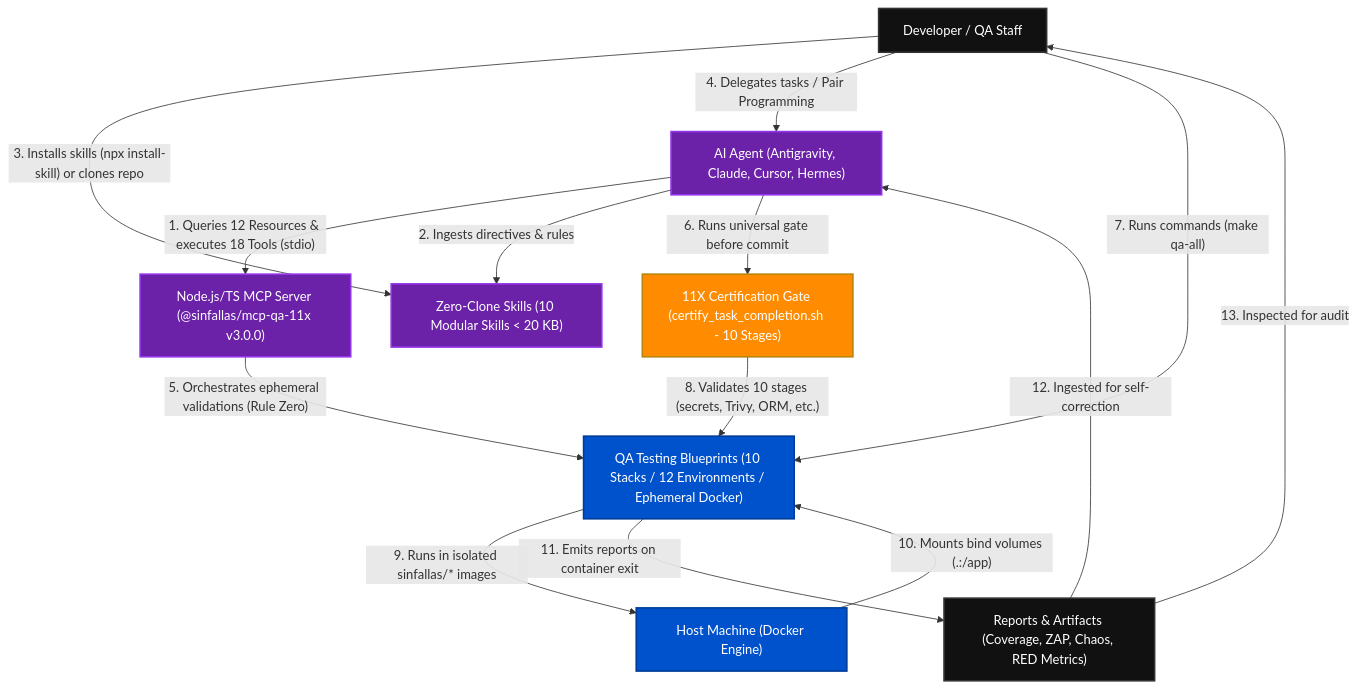
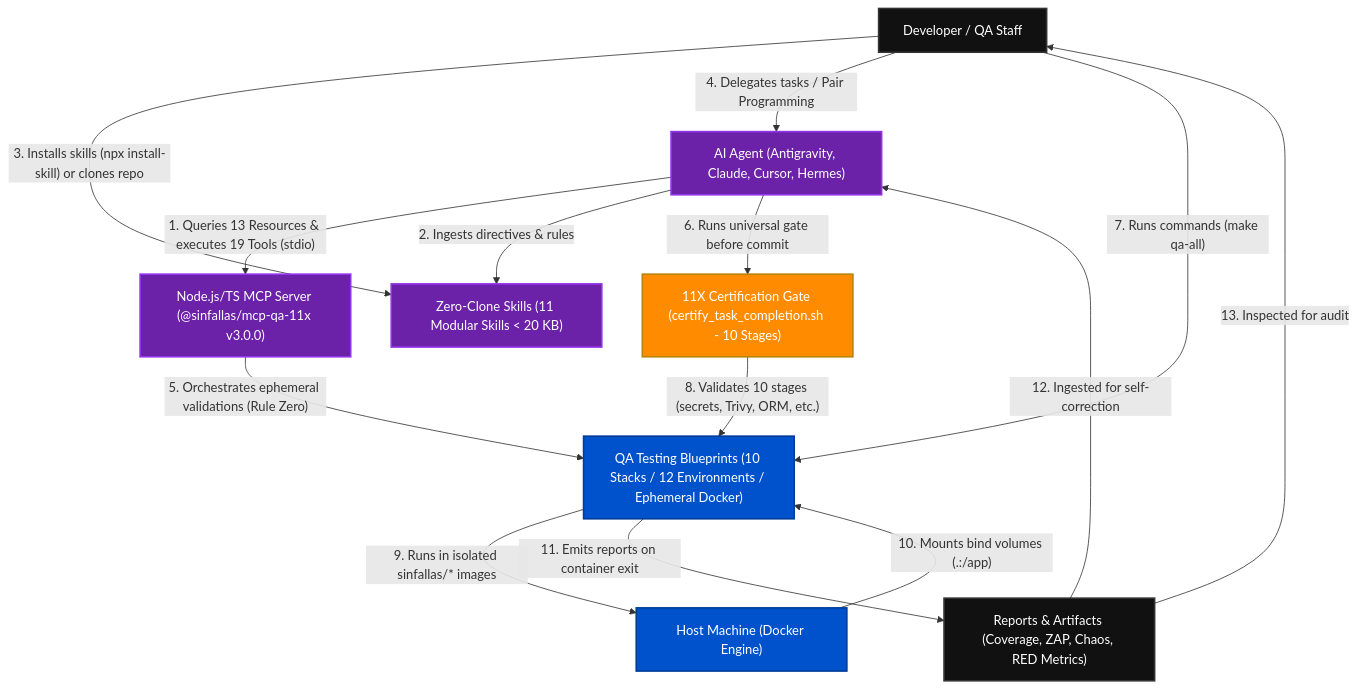
The first of 3 diagrams in docs/ARCHITECTURE_C4.md (tecno-consultores/qa-testing-blueprints), drawn with Mermaid before and after one commit. The commit also changed 127 other files, not shown here.

````diff
--- a/docs/ARCHITECTURE_C4.md
+++ b/docs/ARCHITECTURE_C4.md
@@ -12,33 +12,33 @@
 ```mermaid
 flowchart TD
     Human["Developer / QA Staff"]
     Agent["AI Agent (Antigravity, Claude, Cursor, Hermes)"]
     MCP["Node.js/TS MCP Server (@sinfallas/mcp-qa-11x v3.0.0)"]
-    Skill["Zero-Clone Skills (10 Modular Skills < 20 KB)"]
+    Skill["Zero-Clone Skills (11 Modular Skills < 20 KB)"]
     Gate["11X Certification Gate (certify_task_completion.sh - 10 Stages)"]
     QA["QA Testing Blueprints (10 Stacks / 12 Environments / Ephemeral Docker)"]
     Host["Host Machine (Docker Engine)"]
     Reports["Reports & Artifacts (Coverage, ZAP, Chaos, RED Metrics)"]
 
-    Agent -->|"1. Queries 12 Resources & executes 18 Tools (stdio)"| MCP
+    Agent -->|"1. Queries 13 Resources & executes 19 Tools (stdio)"| MCP
     Agent -->|"2. Ingests directives & rules"| Skill
     Human -->|"3. Installs skills (npx install-skill) or clones repo"| Skill
     Human -->|"4. Delegates tasks / Pair Programming"| Agent
     MCP -->|"5. Orchestrates ephemeral validations (Rule Zero)"| QA
     Agent -->|"6. Runs universal gate before commit"| Gate
     Human -->|"7. Runs commands (make qa-all)"| QA
     Gate -->|"8. Validates 10 stages (secrets, Trivy, ORM, etc.)"| QA
     QA -->|"9. Runs in isolated sinfallas/* images"| Host
     Host -->|"10. Mounts bind volumes (.:/app)"| QA
     QA -->|"11. Emits reports on container exit"| Reports
     Reports -->|"12. Ingested for self-correction"| Agent
     Reports -->|"13. Inspected for audit"| Human
 
     classDef default fill:#111,stroke:#333,stroke-width:2px,color:#fff;
     classDef highlight fill:#0052cc,stroke:#003d99,stroke-width:2px,color:#fff;
     classDef barrier fill:#ff8c00,stroke:#b8860b,stroke-width:2px,color:#fff;
     classDef ai fill:#6b21a8,stroke:#9333ea,stroke-width:2px,color:#fff;
     class QA,Host highlight;
     class Gate barrier;
     class Agent,MCP,Skill ai;
 ```
````
